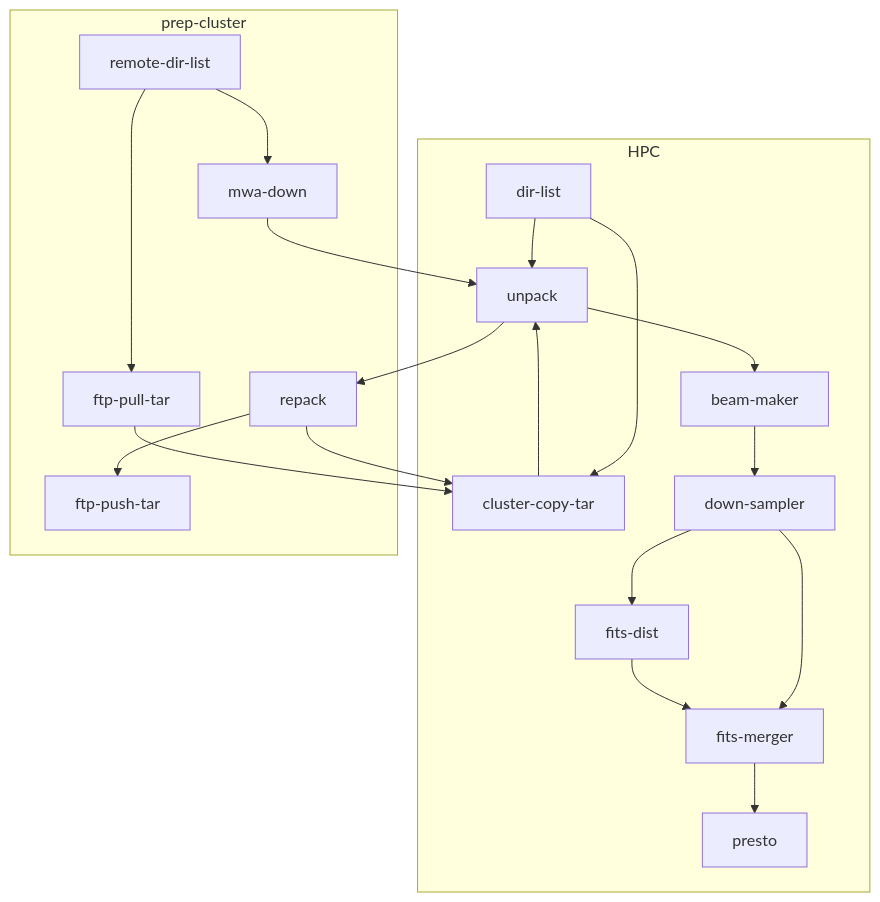
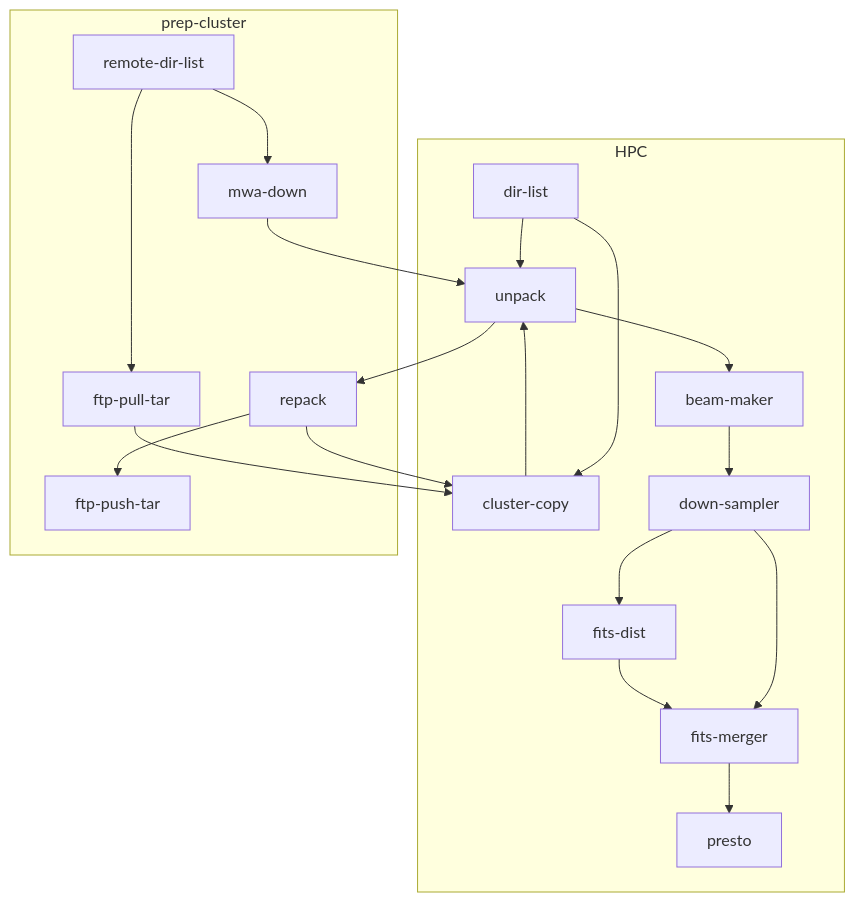
One commit to kaichao/app-mwa changed the fourth of 4 diagrams in README.md. Above: the diagram before and after it, drawn with Mermaid. The commit also changed other lines of this file and 6 other files, not shown here.

Commit message:
Replace with slimmed down mwa-vcstools; rename cluster-copy-tar/ to cluster-copy,local-copy-tar to local-copy.

````diff
--- a/README.md
+++ b/README.md
@@ -249,39 +249,39 @@
 ```mermaid
 
 flowchart TD
   remote-dir-list --> mwa-down
   mwa-down --> unpack
   unpack --> repack
   repack --> ftp-push-tar
-  repack --> cluster-copy-tar
+  repack --> cluster-copy
   remote-dir-list --> ftp-pull-tar
-  ftp-pull-tar --> cluster-copy-tar
-  dir-list --> cluster-copy-tar
+  ftp-pull-tar --> cluster-copy
+  dir-list --> cluster-copy
   dir-list --> unpack
-  cluster-copy-tar --> unpack
+  cluster-copy --> unpack
   unpack --> beam-maker
   beam-maker --> down-sampler
   down-sampler --> fits-dist
   down-sampler --> fits-merger
   fits-dist --> fits-merger
   fits-merger --> presto
   subgraph HPC
     dir-list
-    cluster-copy-tar
+    cluster-copy
     unpack
     beam-maker
     down-sampler
     fits-dist
     fits-merger
     presto
   end
   subgraph prep-cluster
     remote-dir-list
     ftp-pull-tar
     mwa-down
     unpack
     repack
     ftp-push-tar
   end
 
 ```
````
